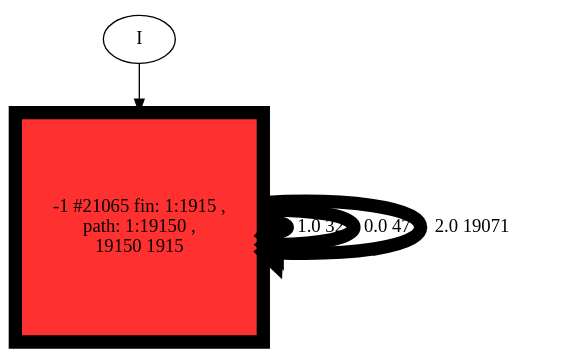
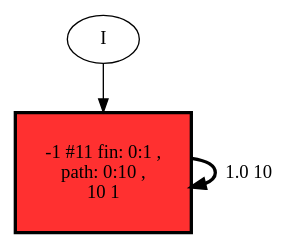
The diagram in lab-3/data/ff/flex_trace.csv.ff.final.dot (amar-mesic/cyber-data), drawn with Graphviz before and after one commit. The commit also changed 6 other files, not shown here.

```diff
--- a/lab-3/data/ff/flex_trace.csv.ff.final.dot
+++ b/lab-3/data/ff/flex_trace.csv.ff.final.dot
@@ -1,11 +1,9 @@
 // produced with flexfringe // 
 digraph DFA {
 	-1 [label="root" shape=box];
 		I -> -1;
-	-1 [ label="-1 #21065 fin: 1:1915 , 
- path: 1:19150 , 
-19150 1915" , style=filled, fillcolor="firebrick1", width=2.39383, height=2.39383, penwidth=9.95542];
-		-1 -> -1 [label="1.0 32 " , penwidth=9.95542 ];
-		-1 -> -1 [label="0.0 47 " , penwidth=9.95542 ];
-		-1 -> -1 [label="2.0 19071 " , penwidth=9.95542 ];
+	-1 [ label="-1 #11 fin: 0:1 , 
+ path: 0:10 , 
+10 1" , style=filled, fillcolor="firebrick1", width=1.24844, height=1.24844, penwidth=2.48491];
+		-1 -> -1 [label="1.0 10 " , penwidth=2.48491 ];
 }
```
